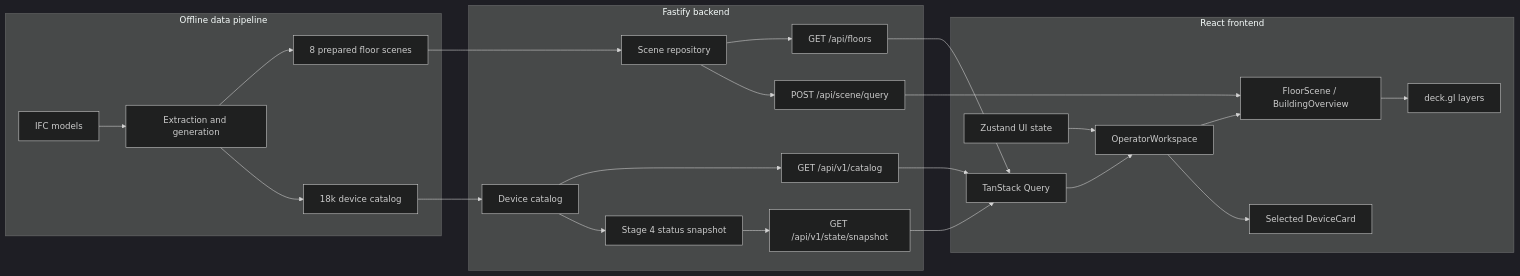
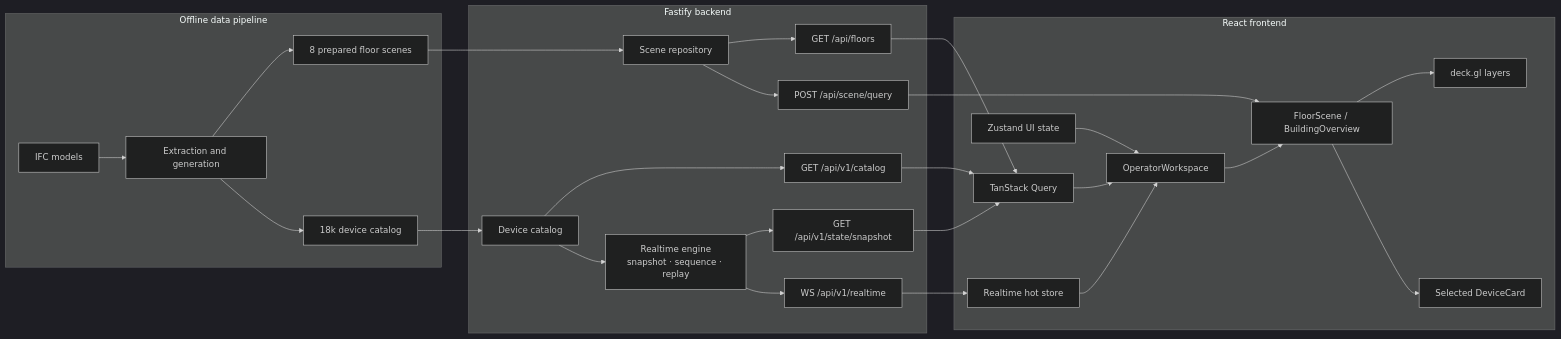
Before and after one commit to mbob72/building-operator-demo: the diagram in docs/architecture.md, drawn with Mermaid (dark theme). The commit also changed other lines of this file and 42 other files, not shown here.

````diff
--- a/docs/architecture.md
+++ b/docs/architecture.md
@@ -7,51 +7,56 @@
 ```mermaid
 flowchart LR
     subgraph Offline["Offline data pipeline"]
         IFC["IFC models"]
         Pipeline["Extraction and generation"]
         Scenes["8 prepared floor scenes"]
         CatalogFile["18k device catalog"]
 
         IFC --> Pipeline
         Pipeline --> Scenes
         Pipeline --> CatalogFile
     end
 
     subgraph Backend["Fastify backend"]
         SceneRepo["Scene repository"]
         CatalogRepo["Device catalog"]
-        Snapshot["Stage 4 status snapshot"]
+        RealtimeEngine["Realtime engine<br/>snapshot · sequence · replay"]
         FloorsAPI["GET /api/floors"]
         SceneAPI["POST /api/scene/query"]
         CatalogAPI["GET /api/v1/catalog"]
         SnapshotAPI["GET /api/v1/state/snapshot"]
+        RealtimeAPI["WS /api/v1/realtime"]
 
         SceneRepo --> FloorsAPI
         SceneRepo --> SceneAPI
         CatalogRepo --> CatalogAPI
-        CatalogRepo --> Snapshot
-        Snapshot --> SnapshotAPI
+        CatalogRepo --> RealtimeEngine
+        RealtimeEngine --> SnapshotAPI
+        RealtimeEngine --> RealtimeAPI
     end
 
     subgraph Frontend["React frontend"]
         Query["TanStack Query"]
         Store["Zustand UI state"]
+        Hot["Realtime hot store"]
         Workspace["OperatorWorkspace"]
         Renderers["FloorScene / BuildingOverview"]
         Deck["deck.gl layers"]
         Card["Selected DeviceCard"]
 
         Query --> Workspace
         Store --> Workspace
+        Hot --> Workspace
         Workspace --> Renderers
         Renderers --> Deck
-        Workspace --> Card
+        Renderers --> Card
     end
 
     Scenes --> SceneRepo
     CatalogFile --> CatalogRepo
     FloorsAPI --> Query
     CatalogAPI --> Query
     SnapshotAPI --> Query
+    RealtimeAPI --> Hot
     SceneAPI --> Renderers
 ```
````
